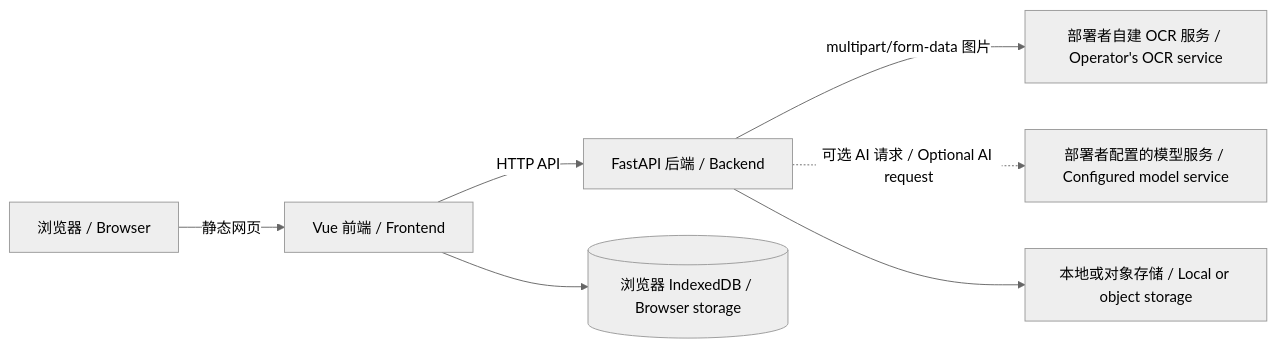
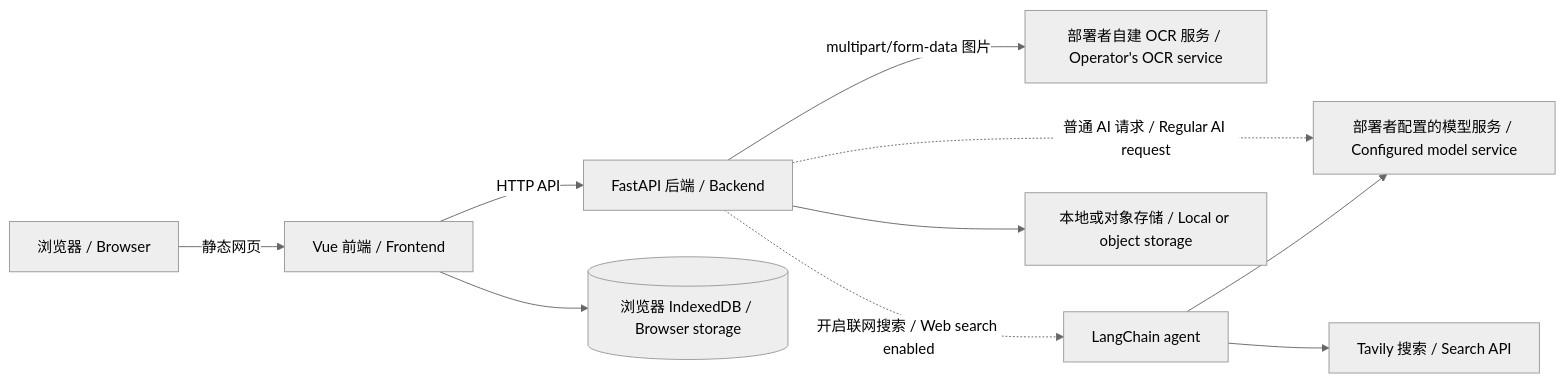
One commit to zhe-w12/DocuCraft changed the diagram in docs/architecture.md. Above: the diagram before and after it, drawn with Mermaid (neutral theme). The commit also changed other lines of this file and 6 other files, not shown here.

Commit message:
更新 LangChain 技术栈文档

````diff
--- a/docs/architecture.md
+++ b/docs/architecture.md
@@ -22,9 +22,12 @@
 ```mermaid
 flowchart LR
     B[浏览器 / Browser] -->|静态网页| W[Vue 前端 / Frontend]
     W -->|HTTP API| A[FastAPI 后端 / Backend]
     A -->|multipart/form-data 图片| O[部署者自建 OCR 服务 / Operator's OCR service]
-    A -.->|可选 AI 请求 / Optional AI request| M[部署者配置的模型服务 / Configured model service]
+    A -.->|普通 AI 请求 / Regular AI request| M[部署者配置的模型服务 / Configured model service]
+    A -.->|开启联网搜索 / Web search enabled| L[LangChain agent]
+    L --> M
+    L --> T[Tavily 搜索 / Search API]
     A --> S[本地或对象存储 / Local or object storage]
     W --> I[(浏览器 IndexedDB / Browser storage)]
 ```
````
